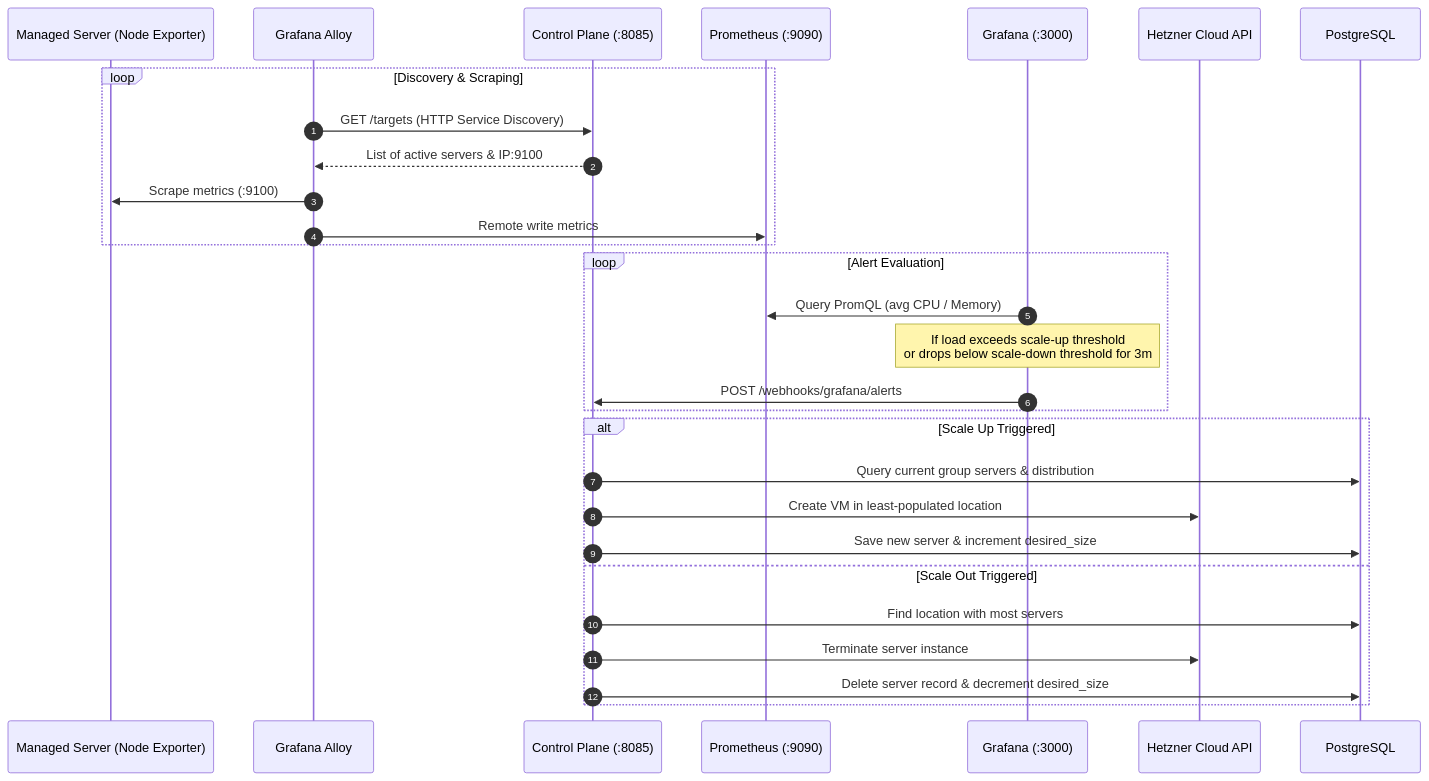
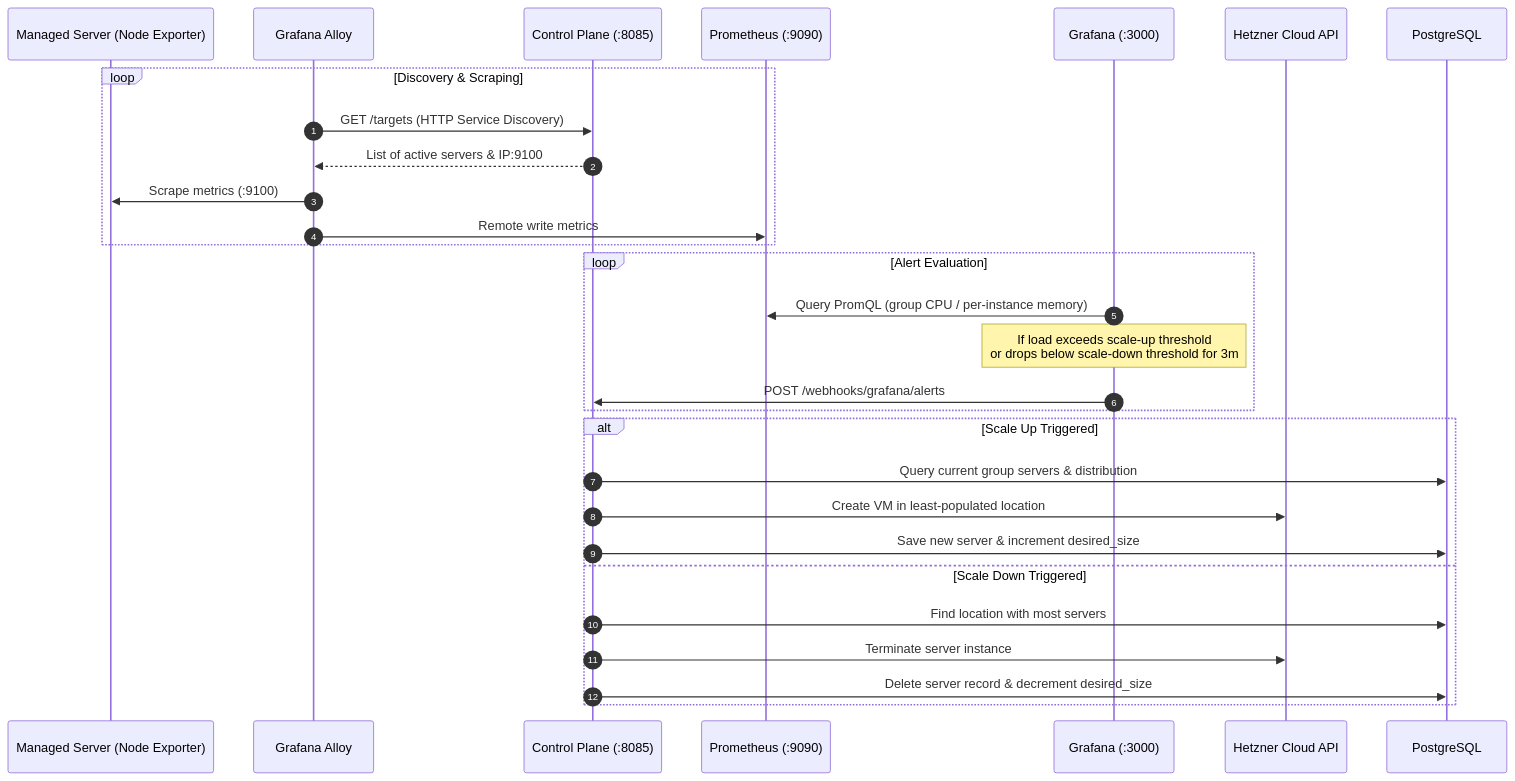
One commit to ahmedhesham301/autoscaling-hetzner changed the second of 3 diagrams in README.md. Above: the diagram before and after it, drawn with Mermaid. The commit also changed other lines of this file, not shown here.

````diff
--- a/README.md
+++ b/README.md
@@ -136,34 +136,34 @@
 ```mermaid
 sequenceDiagram
     autonumber
     participant Server as Managed Server (Node Exporter)
     participant Alloy as Grafana Alloy
     participant CP as Control Plane (:8085)
     participant Prom as Prometheus (:9090)
     participant Grafana as Grafana (:3000)
     participant Hetzner as Hetzner Cloud API
     participant DB as PostgreSQL
 
     loop Discovery & Scraping
         Alloy->>CP: GET /targets (HTTP Service Discovery)
         CP-->>Alloy: List of active servers & IP:9100
         Alloy->>Server: Scrape metrics (:9100)
         Alloy->>Prom: Remote write metrics
     end
 
     loop Alert Evaluation
-        Grafana->>Prom: Query PromQL (avg CPU / Memory)
+        Grafana->>Prom: Query PromQL (group CPU / per-instance memory)
         Note over Grafana: If load exceeds scale-up threshold<br/>or drops below scale-down threshold for 3m
         Grafana->>CP: POST /webhooks/grafana/alerts
     end
 
     alt Scale Up Triggered
         CP->>DB: Query current group servers & distribution
         CP->>Hetzner: Create VM in least-populated location
         CP->>DB: Save new server & increment desired_size
-    else Scale Out Triggered
+    else Scale Down Triggered
         CP->>DB: Find location with most servers
         CP->>Hetzner: Terminate server instance
         CP->>DB: Delete server record & decrement desired_size
     end
 ```
````
